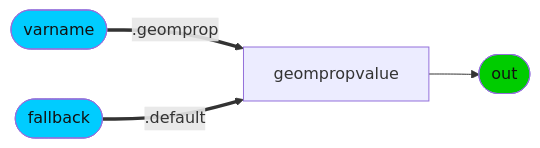
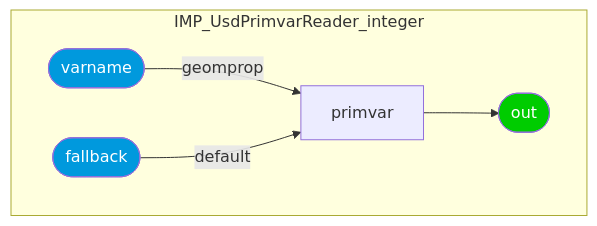
Before and after one commit to kwokcb/MaterialX_Learn: diagram 15 of 36 in documents/definitions/bxdf_doc.md, drawn with Mermaid. The commit also changed other lines of this file and 1015 other files, not shown here.

````diff
--- a/documents/definitions/bxdf_doc.md
+++ b/documents/definitions/bxdf_doc.md
@@ -1811,10 +2302,15 @@
 ```mermaid
-graph LR; 
-    IMP_UsdPrimvarReader_integer_primvar[geompropvalue] --> IMP_UsdPrimvarReader_integer_out([out])
-    style IMP_UsdPrimvarReader_integer_out fill:#0C0, color:#111
-    IMP_UsdPrimvarReader_integer_varnameINT([varname]) ==.geomprop==> IMP_UsdPrimvarReader_integer_primvar[geompropvalue]
-    style IMP_UsdPrimvarReader_integer_varnameINT fill:#0CF, color:#111
-    IMP_UsdPrimvarReader_integer_fallbackINT([fallback]) ==.default==> IMP_UsdPrimvarReader_integer_primvar[geompropvalue]
-    style IMP_UsdPrimvarReader_integer_fallbackINT fill:#0CF, color:#111
-
+graph TB
+    subgraph IMP_UsdPrimvarReader_integer
+    IMP_UsdPrimvarReader_integer_primvar[primvar]
+    style IMP_UsdPrimvarReader_integer_out  fill:#0C0, color:#FFF
+    IMP_UsdPrimvarReader_integer_out([out])
+    style IMP_UsdPrimvarReader_integer_varname  fill:#09D, color:#FFF
+    IMP_UsdPrimvarReader_integer_varname([varname])
+    style IMP_UsdPrimvarReader_integer_fallback  fill:#09D, color:#FFF
+    IMP_UsdPrimvarReader_integer_fallback([fallback])
+    end
+    IMP_UsdPrimvarReader_integer_varname --"geomprop"--> IMP_UsdPrimvarReader_integer_primvar
+    IMP_UsdPrimvarReader_integer_fallback --"default"--> IMP_UsdPrimvarReader_integer_primvar
+    IMP_UsdPrimvarReader_integer_primvar --> IMP_UsdPrimvarReader_integer_out
 ```
````
